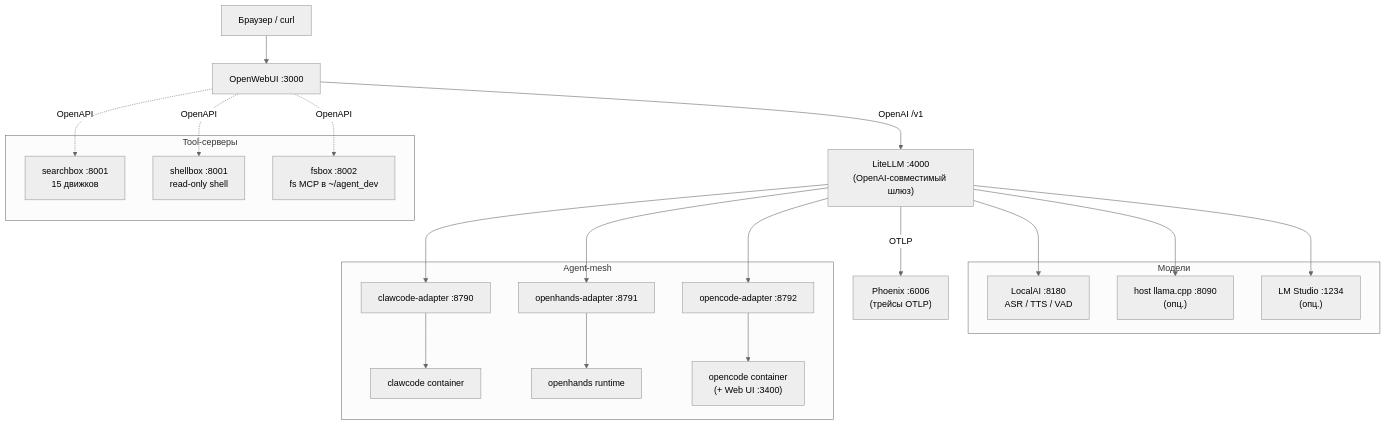
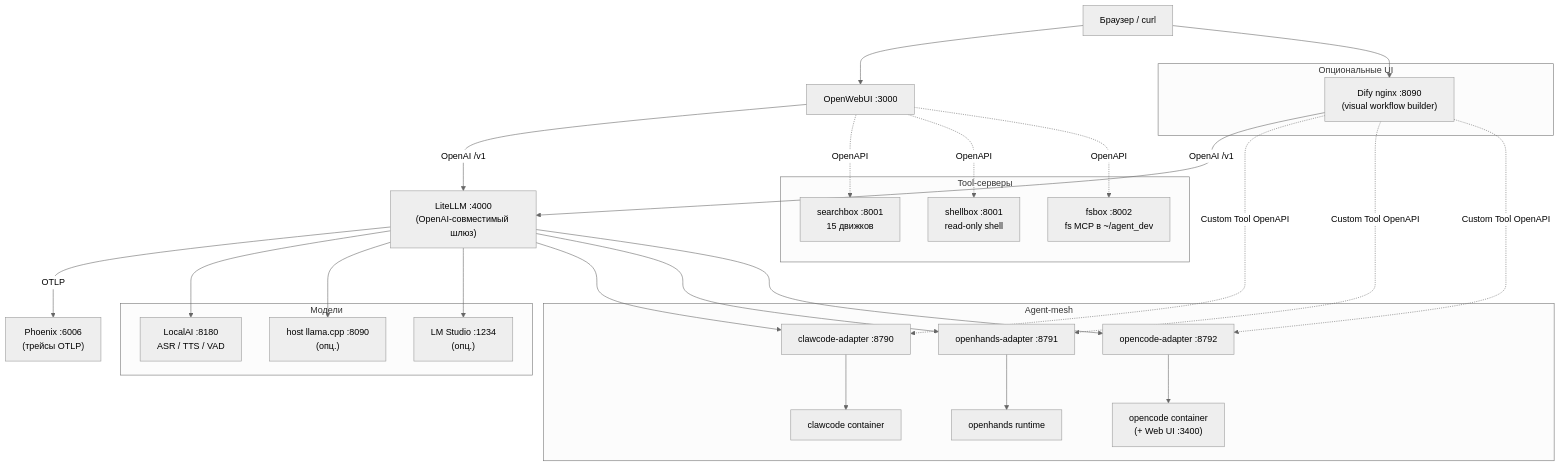
Before and after one commit to Ichigec/lego-claw: the diagram in README.md, drawn with Mermaid (neutral theme). The commit also changed other lines of this file and 35 other files, not shown here.

````diff
--- a/README.md
+++ b/README.md
@@ -30,44 +30,53 @@
 ```mermaid
 flowchart TB
     Browser["Браузер / curl"]
     OpenWebUI["OpenWebUI :3000"]
     LiteLLM["LiteLLM :4000<br/>(OpenAI-совместимый шлюз)"]
     Phoenix["Phoenix :6006<br/>(трейсы OTLP)"]
 
     subgraph models [Модели]
         LocalAI["LocalAI :8180<br/>ASR / TTS / VAD"]
         LlamaCpp["host llama.cpp :8090<br/>(опц.)"]
         LMStudio["LM Studio :1234<br/>(опц.)"]
     end
 
     subgraph tools [Tool-серверы]
         Searchbox["searchbox :8001<br/>15 движков"]
         Shellbox["shellbox :8001<br/>read-only shell"]
         Fsbox["fsbox :8002<br/>fs MCP в ~/agent_dev"]
     end
 
     subgraph agents [Agent-mesh]
         ClawAdapter["clawcode-adapter :8790"]
         OpenHandsAdapter["openhands-adapter :8791"]
         OpencodeAdapter["opencode-adapter :8792"]
         ClawCtr["clawcode container"]
         OpenHandsCtr["openhands runtime"]
         OpencodeCtr["opencode container<br/>(+ Web UI :3400)"]
     end
 
+    subgraph optui ["Опциональные UI"]
+        Dify["Dify nginx :8090<br/>(visual workflow builder)"]
+    end
+
     Browser --> OpenWebUI
+    Browser --> Dify
+    Dify -->|OpenAI /v1| LiteLLM
+    Dify -.->|Custom Tool OpenAPI| ClawAdapter
+    Dify -.->|Custom Tool OpenAPI| OpenHandsAdapter
+    Dify -.->|Custom Tool OpenAPI| OpencodeAdapter
     OpenWebUI -->|OpenAI /v1| LiteLLM
     LiteLLM -->|OTLP| Phoenix
     LiteLLM --> LocalAI
     LiteLLM --> LlamaCpp
     LiteLLM --> LMStudio
     LiteLLM --> ClawAdapter
     LiteLLM --> OpenHandsAdapter
     LiteLLM --> OpencodeAdapter
     ClawAdapter --> ClawCtr
     OpenHandsAdapter --> OpenHandsCtr
     OpencodeAdapter --> OpencodeCtr
     OpenWebUI -.->|OpenAPI| Searchbox
     OpenWebUI -.->|OpenAPI| Shellbox
     OpenWebUI -.->|OpenAPI| Fsbox
 ```
````
